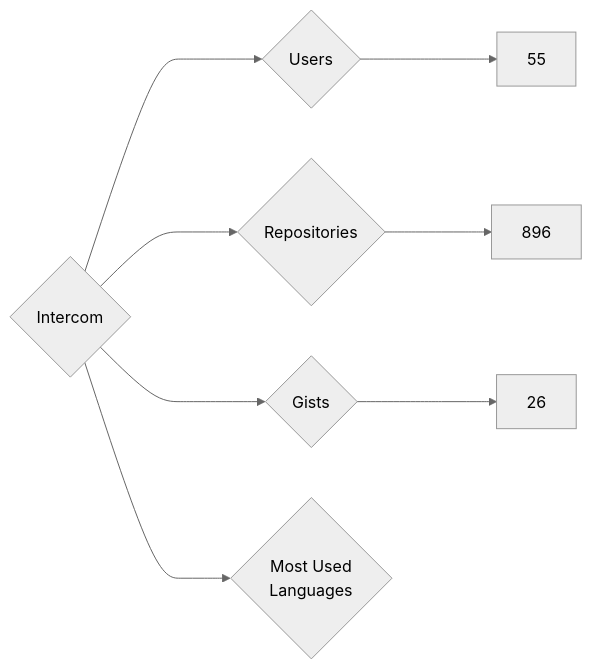
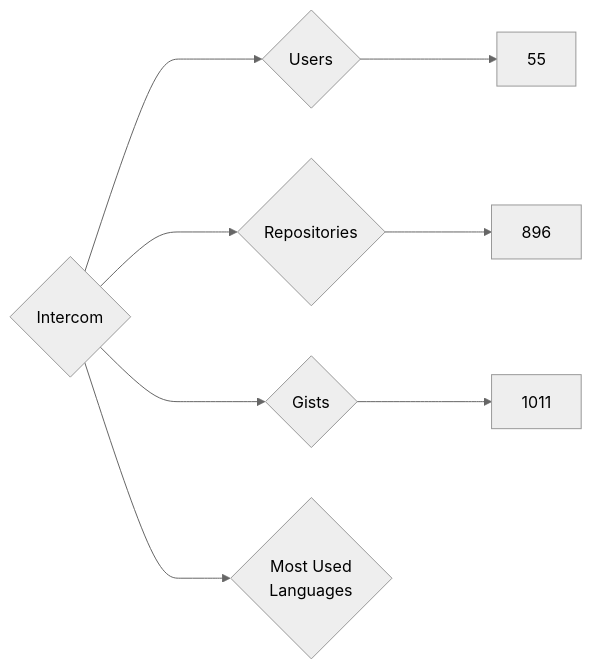
One commit to nenadzaric/insiders changed the diagram in targets/Intercom/README.md. Above: the diagram before and after it, drawn with Mermaid (neutral theme). The commit also changed 1342 other files, not shown here.

````diff
--- a/targets/Intercom/README.md
+++ b/targets/Intercom/README.md
@@ -3,8 +3,8 @@
 ```mermaid
 graph LR
 COMPANY_NAME{Intercom}
 COMPANY_NAME ---> U{Users} ---> UN[55]
 COMPANY_NAME ---> R{Repositories} ---> RN[896]
-COMPANY_NAME ---> G{Gists} ---> GN[26]
+COMPANY_NAME ---> G{Gists} ---> GN[1011]
 COMPANY_NAME ---> ML{Most Used<br>Languages}
 ```
````
